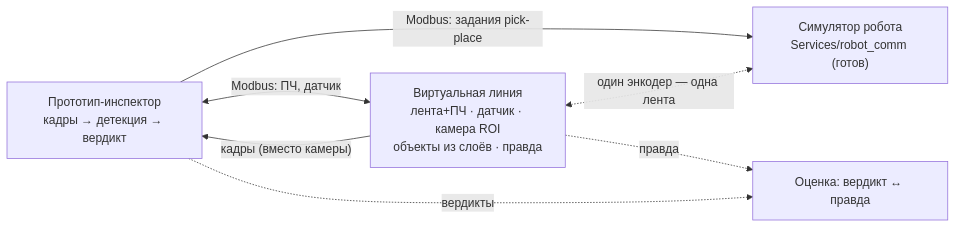
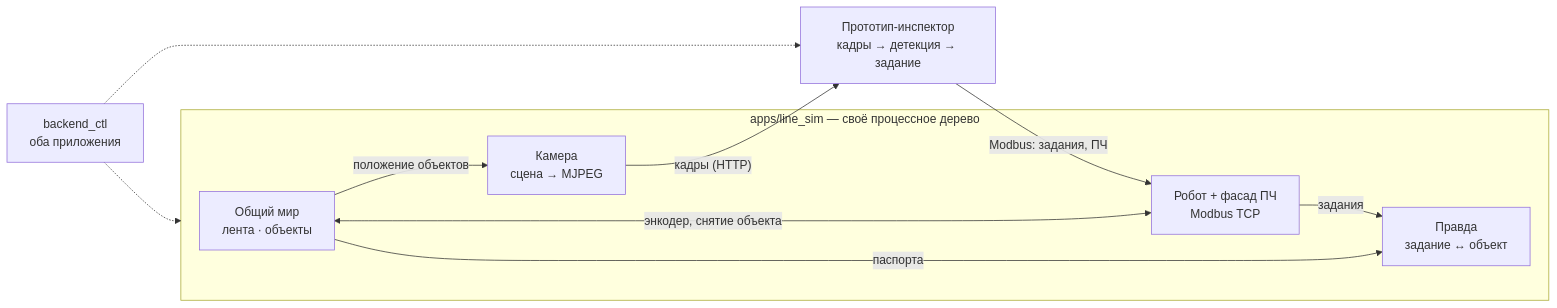
Before and after one commit to TWOKRAI/Inspector_bottles: the diagram in plans/line-sim/vision.md, drawn with Mermaid. The commit also changed other lines of this file and 8 other files, not shown here.

````diff
--- a/plans/line-sim/vision.md
+++ b/plans/line-sim/vision.md
@@ -102,14 +165,18 @@
 ```mermaid
 flowchart LR
-    P["Прототип-инспектор<br/>кадры → детекция → вердикт"]
-    L["Виртуальная линия<br/>лента+ПЧ · датчик · камера ROI<br/>объекты из слоёв · правда"]
-    R["Симулятор робота<br/>Services/robot_comm (готов)"]
-    E["Оценка: вердикт ↔ правда"]
-
-    L -- "кадры (вместо камеры)" --> P
-    P <-- "Modbus: ПЧ, датчик" --> L
-    P -- "Modbus: задания pick-place" --> R
-    L <-. "один энкодер — одна лента" .-> R
-    L -. правда .-> E
-    P -. вердикты .-> E
+    subgraph SIM["apps/line_sim — своё процессное дерево"]
+        W["Общий мир<br/>лента · объекты"]
+        R["Робот + фасад ПЧ<br/>Modbus TCP"]
+        C["Камера<br/>сцена → MJPEG"]
+        T["Правда<br/>задание ↔ объект"]
+        R <-- "энкодер, снятие объекта" --> W
+        W -- "положение объектов" --> C
+        R -- задания --> T
+        W -- паспорта --> T
+    end
+    P["Прототип-инспектор<br/>кадры → детекция → задание"]
+    C -- "кадры (HTTP)" --> P
+    P -- "Modbus: задания, ПЧ" --> R
+    O["backend_ctl<br/>оба приложения"] -.-> SIM
+    O -.-> P
 ```
````
